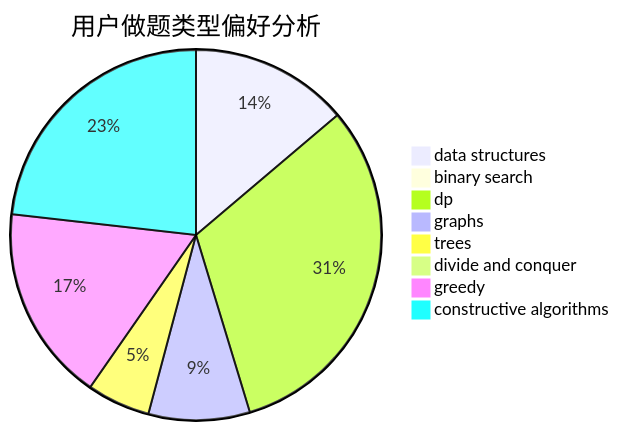
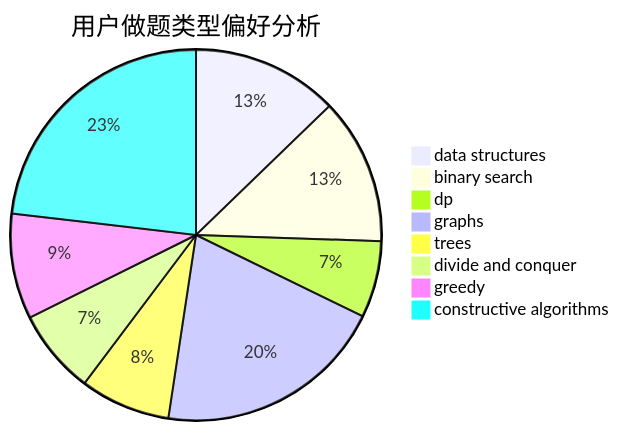
Before and after one commit to sherpahu/cfrs.github.io: the second of 3 diagrams in docs/user/u1084.md, drawn with Mermaid. The commit also changed other lines of this file and 2770 other files, not shown here.

````diff
--- a/docs/user/u1084.md
+++ b/docs/user/u1084.md
@@ -23,11 +23,11 @@
 ```mermaid
 pie title 用户做题类型偏好分析
-    "data structures" :  25
-    "binary search" :  1
-    "dp" :  57
-    "graphs" :  16
-    "trees" :  10
-    "divide and conquer" :  0
-    "greedy" :  31
-    "constructive algorithms" :  42
+    "data structures" :  107
+    "binary search" :  107
+    "dp" :  56
+    "graphs" :  169
+    "trees" :  66
+    "divide and conquer" :  62
+    "greedy" :  77
+    "constructive algorithms" :  194
 ```
````
